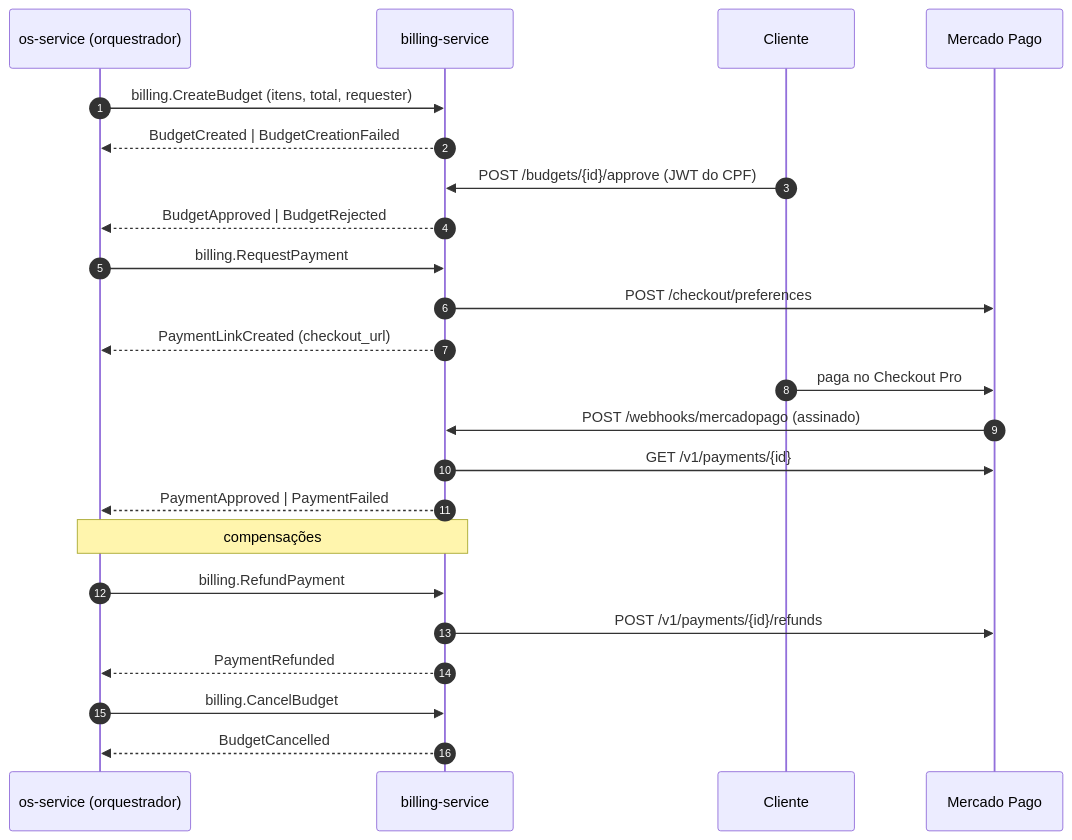
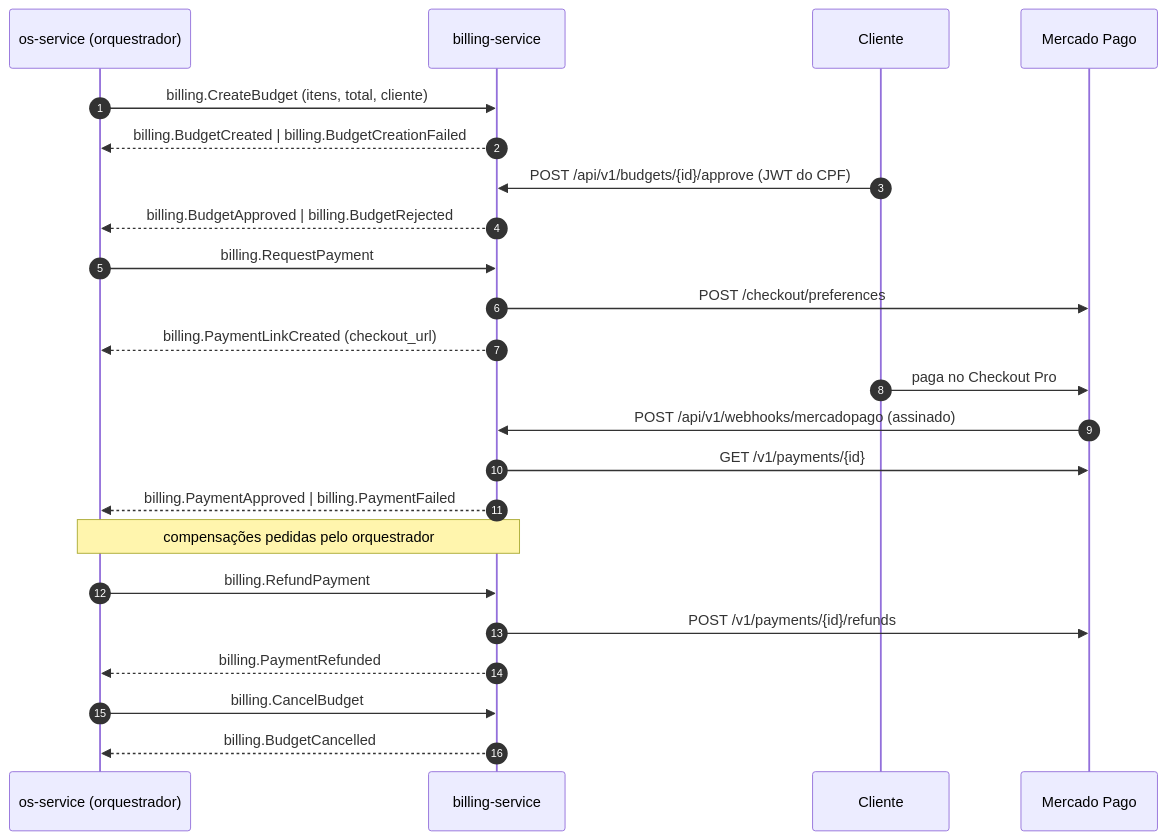
Before and after one commit to Kc1t/postech-tc4-billing-service: the second of 4 diagrams in README.md, drawn with Mermaid. The commit also changed other lines of this file, not shown here.

First line of the commit message:
docs: README do billing como documentação da arquitetura do serviço

````diff
--- a/README.md
+++ b/README.md
@@ -76,25 +88,25 @@
 ```mermaid
 sequenceDiagram
     autonumber
     participant OS as os-service (orquestrador)
     participant B as billing-service
     participant C as Cliente
     participant MP as Mercado Pago
-    OS->>B: billing.CreateBudget (itens, total, requester)
-    B-->>OS: BudgetCreated | BudgetCreationFailed
-    C->>B: POST /budgets/{id}/approve (JWT do CPF)
-    B-->>OS: BudgetApproved | BudgetRejected
+    OS->>B: billing.CreateBudget (itens, total, cliente)
+    B-->>OS: billing.BudgetCreated | billing.BudgetCreationFailed
+    C->>B: POST /api/v1/budgets/{id}/approve (JWT do CPF)
+    B-->>OS: billing.BudgetApproved | billing.BudgetRejected
     OS->>B: billing.RequestPayment
     B->>MP: POST /checkout/preferences
-    B-->>OS: PaymentLinkCreated (checkout_url)
+    B-->>OS: billing.PaymentLinkCreated (checkout_url)
     C->>MP: paga no Checkout Pro
-    MP->>B: POST /webhooks/mercadopago (assinado)
+    MP->>B: POST /api/v1/webhooks/mercadopago (assinado)
     B->>MP: GET /v1/payments/{id}
-    B-->>OS: PaymentApproved | PaymentFailed
-    Note over OS,B: compensações
+    B-->>OS: billing.PaymentApproved | billing.PaymentFailed
+    Note over OS,B: compensações pedidas pelo orquestrador
     OS->>B: billing.RefundPayment
     B->>MP: POST /v1/payments/{id}/refunds
-    B-->>OS: PaymentRefunded
+    B-->>OS: billing.PaymentRefunded
     OS->>B: billing.CancelBudget
-    B-->>OS: BudgetCancelled
+    B-->>OS: billing.BudgetCancelled
 ```
````
